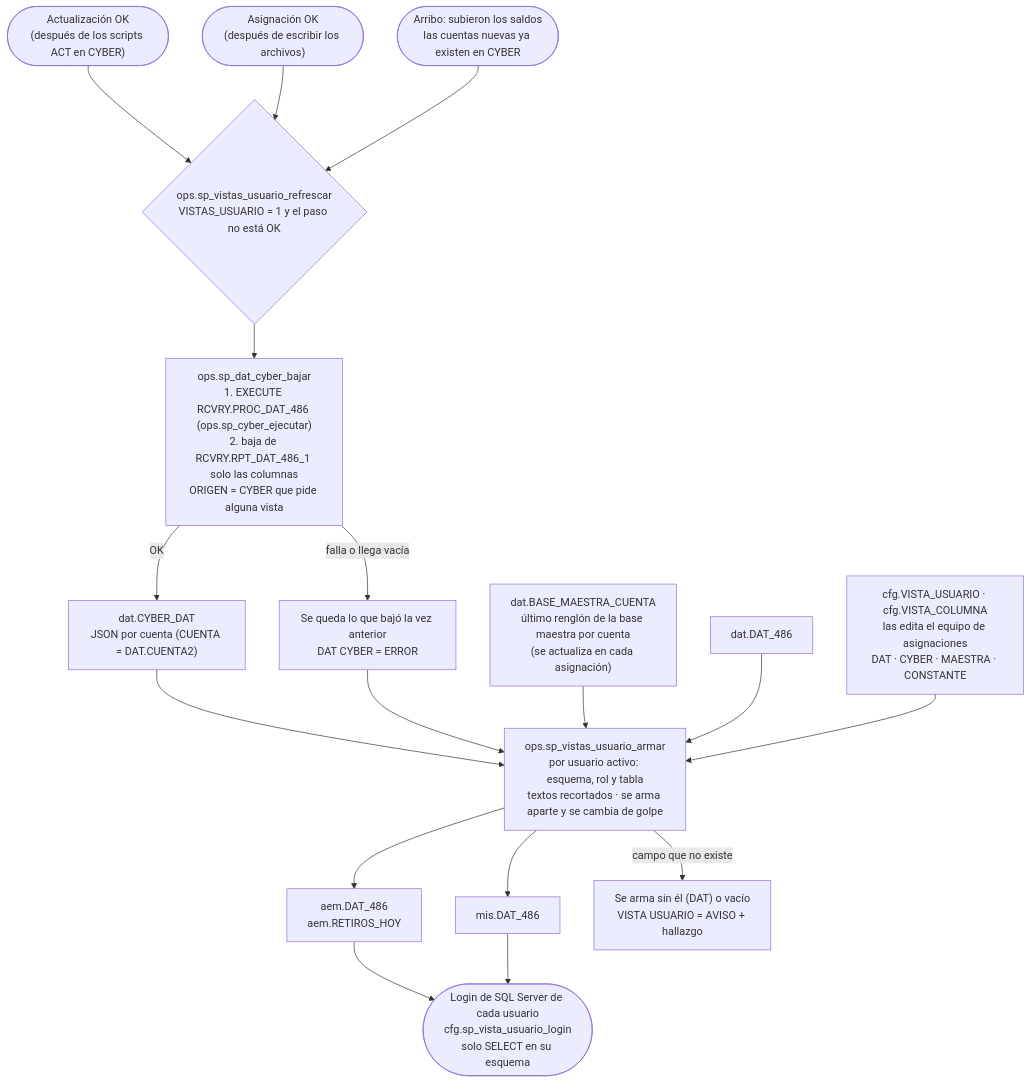
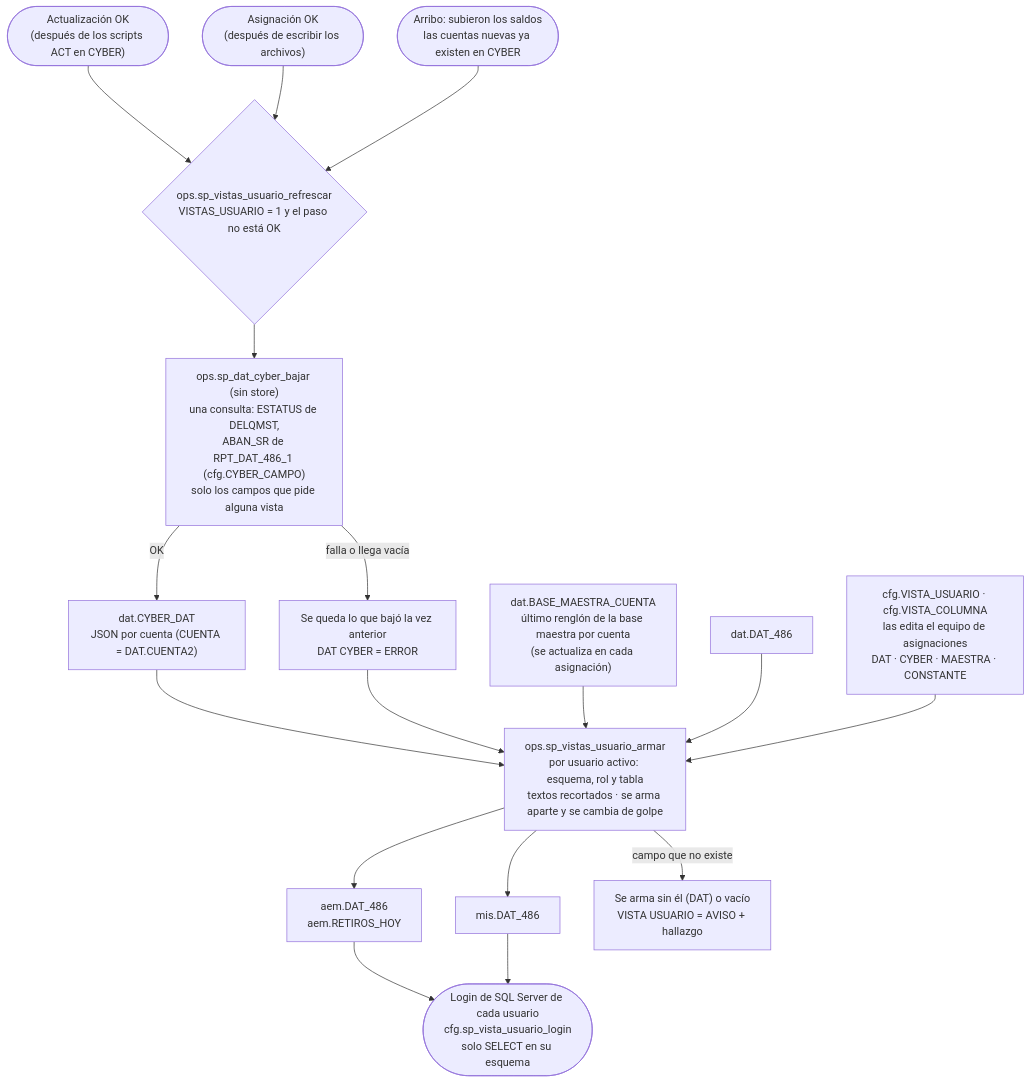
The diagram in docs/flujo/mmd/10_vistas_usuario.mmd (0marMF/Banbaj), drawn with Mermaid before and after one commit. The commit also changed 26 other files, not shown here.

First line of the commit message:
Docs: vistas de usuarios sin ejecutar PROC_DAT_486 (diagrama 10, manuales); Word

```diff
--- a/docs/flujo/mmd/10_vistas_usuario.mmd
+++ b/docs/flujo/mmd/10_vistas_usuario.mmd
@@ -1,19 +1,19 @@
 flowchart TD
     A(["Actualización OK<br/>(después de los scripts ACT en CYBER)"]) --> R
     B(["Asignación OK<br/>(después de escribir los archivos)"]) --> R
     S(["Arribo: subieron los saldos<br/>las cuentas nuevas ya existen en CYBER"]) --> R
     R{"ops.sp_vistas_usuario_refrescar<br/>VISTAS_USUARIO = 1 y el paso no está OK"}
-    R --> C["ops.sp_dat_cyber_bajar<br/>1. EXECUTE RCVRY.PROC_DAT_486 (ops.sp_cyber_ejecutar)<br/>2. baja de RCVRY.RPT_DAT_486_1 solo las columnas<br/>ORIGEN = CYBER que pide alguna vista"]
+    R --> C["ops.sp_dat_cyber_bajar (sin store)<br/>una consulta: ESTATUS de DELQMST,<br/>ABAN_SR de RPT_DAT_486_1 (cfg.CYBER_CAMPO)<br/>solo los campos que pide alguna vista"]
     C -- "OK" --> J["dat.CYBER_DAT<br/>JSON por cuenta (CUENTA = DAT.CUENTA2)"]
     C -- "falla o llega vacía" --> JX["Se queda lo que bajó la vez anterior<br/>DAT CYBER = ERROR"]
     J --> V
     JX --> V
     M["dat.BASE_MAESTRA_CUENTA<br/>último renglón de la base maestra por cuenta<br/>(se actualiza en cada asignación)"] --> V
     D["dat.DAT_486"] --> V
     K["cfg.VISTA_USUARIO · cfg.VISTA_COLUMNA<br/>las edita el equipo de asignaciones<br/>DAT · CYBER · MAESTRA · CONSTANTE"] --> V
     V["ops.sp_vistas_usuario_armar<br/>por usuario activo: esquema, rol y tabla<br/>textos recortados · se arma aparte y se cambia de golpe"]
     V --> T1["aem.DAT_486<br/>aem.RETIROS_HOY"]
     V --> T2["mis.DAT_486"]
     V -- "campo que no existe" --> AV["Se arma sin él (DAT) o vacío<br/>VISTA USUARIO = AVISO + hallazgo"]
     T1 --> U(["Login de SQL Server de cada usuario<br/>cfg.sp_vista_usuario_login<br/>solo SELECT en su esquema"])
     T2 --> U
```
